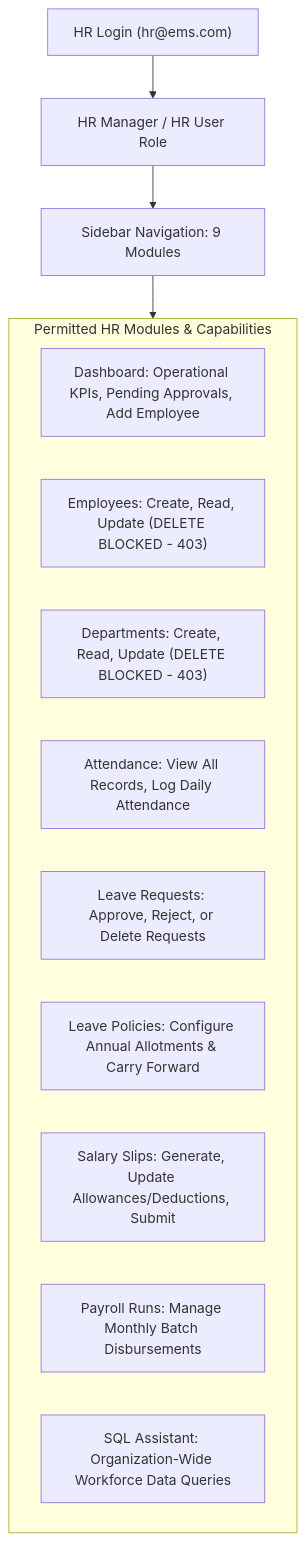
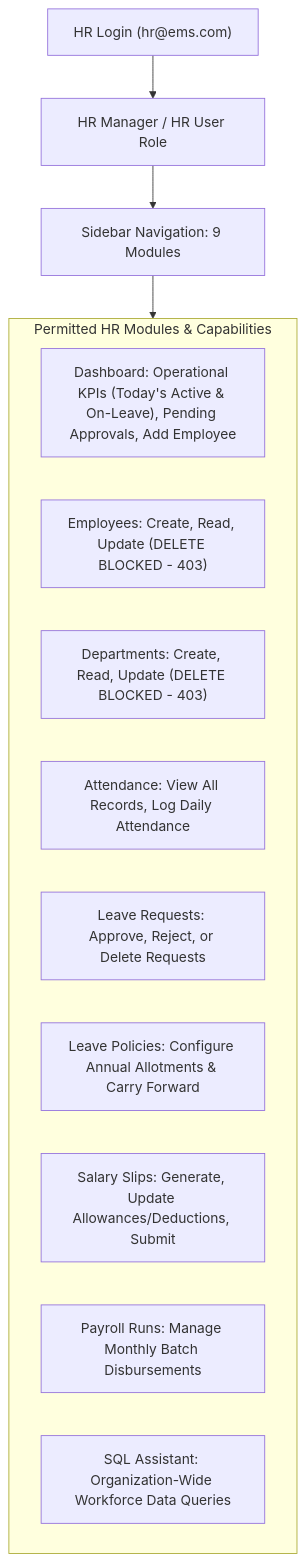
The fifth of 19 diagrams in employee_management_system/employee_management_system/flow.md (veerapandian2004/Employee-Management-System-With-Rag), drawn with Mermaid before and after one commit. The commit also changed other lines of this file and 14 other files, not shown here.

````diff
--- a/employee_management_system/employee_management_system/flow.md
+++ b/employee_management_system/employee_management_system/flow.md
@@ -238,19 +238,19 @@
 ```mermaid
 graph TD
     HRLogin["HR Login (hr@ems.com)"] --> HRAuth["HR Manager / HR User Role"]
     HRAuth --> HRNav["Sidebar Navigation: 9 Modules"]
 
     subgraph HRModules["Permitted HR Modules & Capabilities"]
-        H1["Dashboard: Operational KPIs, Pending Approvals, Add Employee"]
+        H1["Dashboard: Operational KPIs (Today's Active & On-Leave), Pending Approvals, Add Employee"]
         H2["Employees: Create, Read, Update (DELETE BLOCKED - 403)"]
         H3["Departments: Create, Read, Update (DELETE BLOCKED - 403)"]
         H4["Attendance: View All Records, Log Daily Attendance"]
         H5["Leave Requests: Approve, Reject, or Delete Requests"]
         H6["Leave Policies: Configure Annual Allotments & Carry Forward"]
         H7["Salary Slips: Generate, Update Allowances/Deductions, Submit"]
         H8["Payroll Runs: Manage Monthly Batch Disbursements"]
         H9["SQL Assistant: Organization-Wide Workforce Data Queries"]
     end
 
     HRNav --> HRModules
 ```
````
